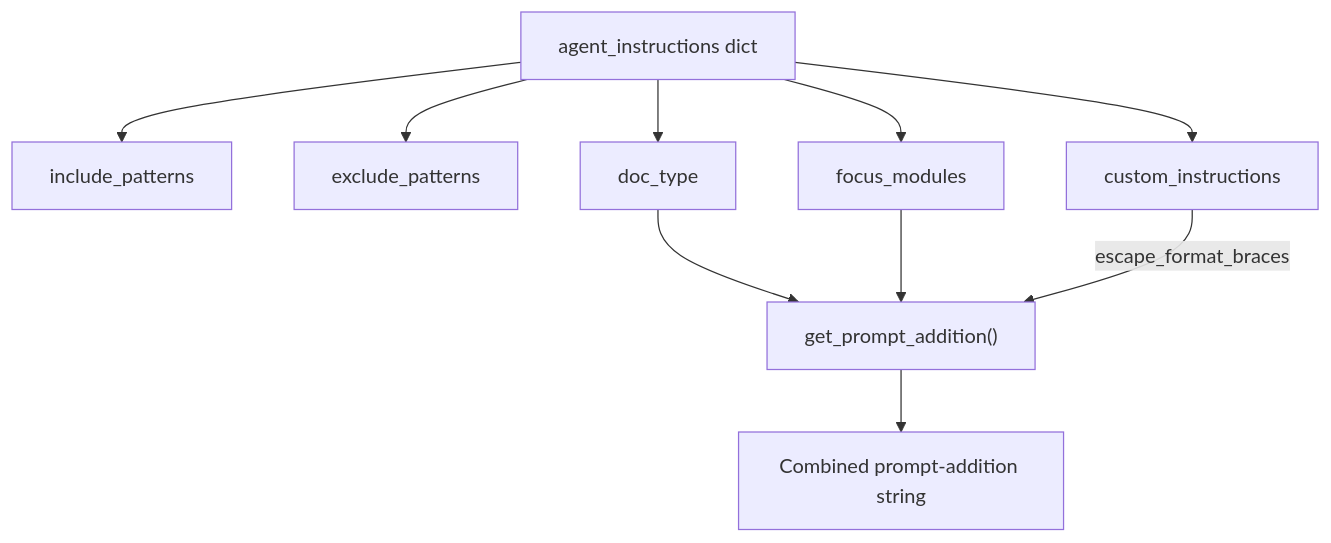
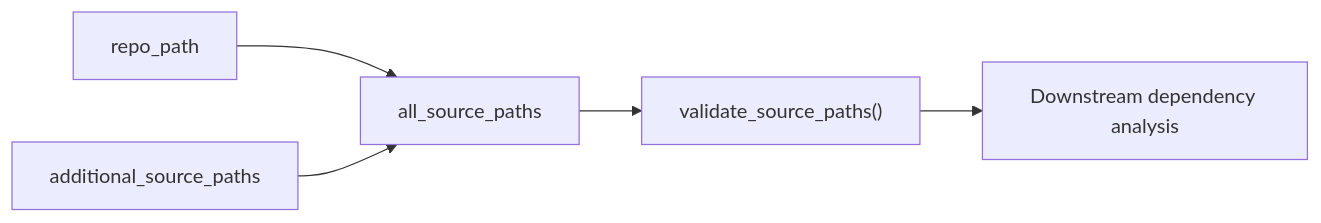
Before and after one commit to flamingo-stack/CodeWiki: the diagram in docs/diagrams/architecture/config-core-3.mmd, drawn with Mermaid. The commit also changed 275 other files, not shown here.

```diff
--- a/docs/diagrams/architecture/config-core-3.mmd
+++ b/docs/diagrams/architecture/config-core-3.mmd
@@ -1,10 +1,5 @@
-flowchart TD
-    AI["agent_instructions dict"] --> IP["include_patterns"]
-    AI --> EP["exclude_patterns"]
-    AI --> FM["focus_modules"]
-    AI --> DT["doc_type"]
-    AI --> CI["custom_instructions"]
-    DT --> GPA["get_prompt_addition()"]
-    FM --> GPA
-    CI -->|"escape_format_braces"| GPA
-    GPA --> Prompt["Combined prompt-addition string"]
+flowchart LR
+    Repo["repo_path"] --> AllPaths["all_source_paths"]
+    Additional["additional_source_paths"] --> AllPaths
+    AllPaths --> Validate["validate_source_paths()"]
+    Validate --> Analysis["Downstream dependency analysis"]
```
